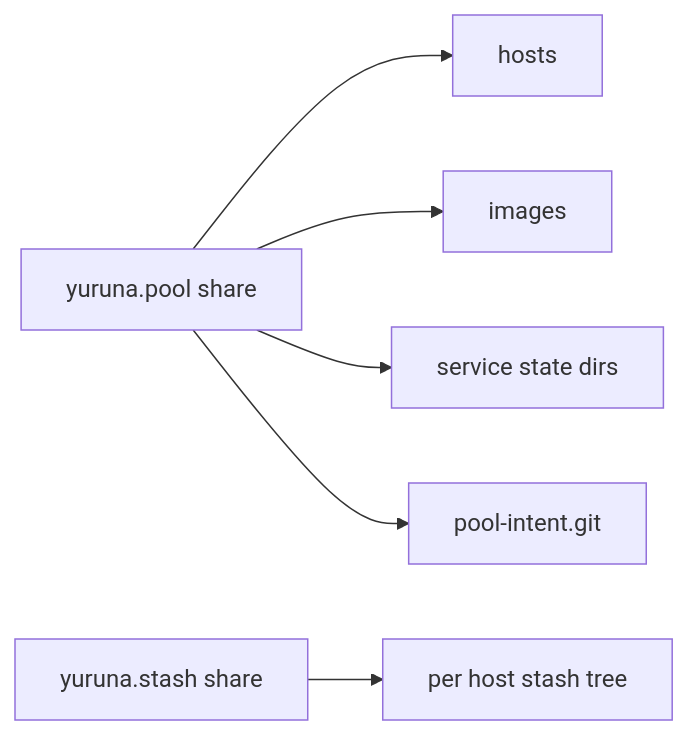
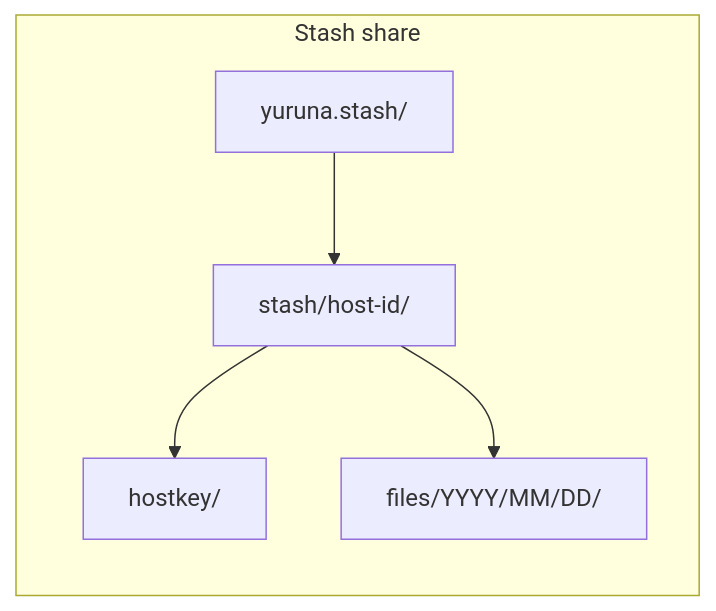
Before and after one commit to alissonsol/yuruna: the eighth of 8 diagrams in docs/design/03-data-flows.md, drawn with Mermaid. The commit also changed other lines of this file and 657 other files, not shown here.

````diff
--- a/docs/design/03-data-flows.md
+++ b/docs/design/03-data-flows.md
@@ -611,15 +390,14 @@
 ```mermaid
 flowchart LR
-    pool-share["yuruna.pool share"]
-    hosts["hosts"]
-    images["images"]
-    service-state["service state dirs"]
-    pool-intent-git["pool-intent.git"]
-    stash-share["yuruna.stash share"]
-    stash-host-tree["per host stash tree"]
-    pool-share --> hosts
-    pool-share --> images
-    pool-share --> service-state
-    pool-share --> pool-intent-git
-    stash-share --> stash-host-tree
+  %% optional -- stash storage is independently configured
+  subgraph stash-share["Stash share"]
+    stash-root["yuruna.stash/"]
+    stash-host-root["stash/host-id/"]
+    stash-host-keys["hostkey/"]
+    stash-files["files/YYYY/MM/DD/"]
+
+    stash-root --> stash-host-root
+    stash-host-root --> stash-host-keys
+    stash-host-root --> stash-files
+  end
 ```
````
